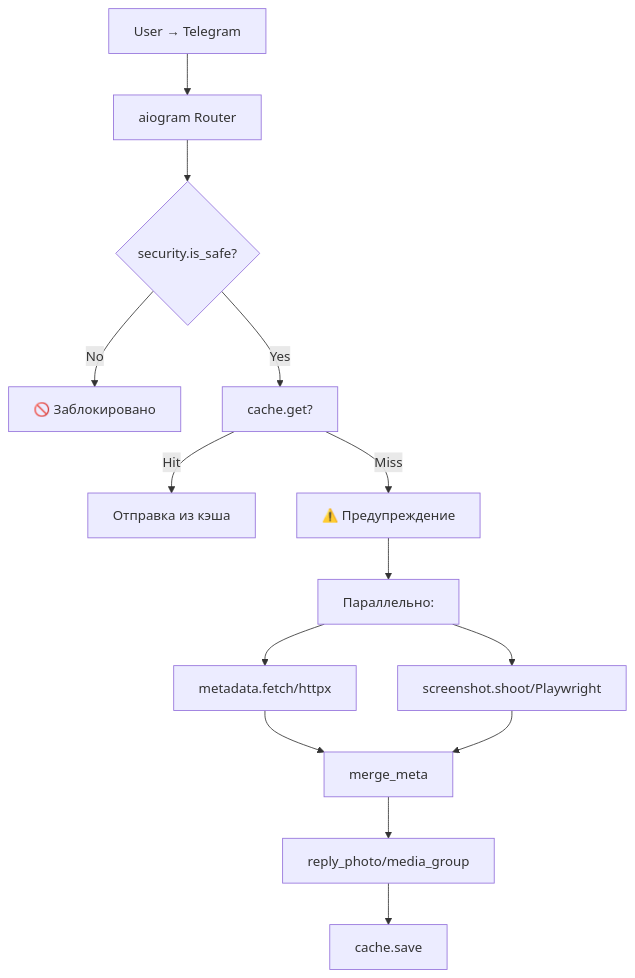
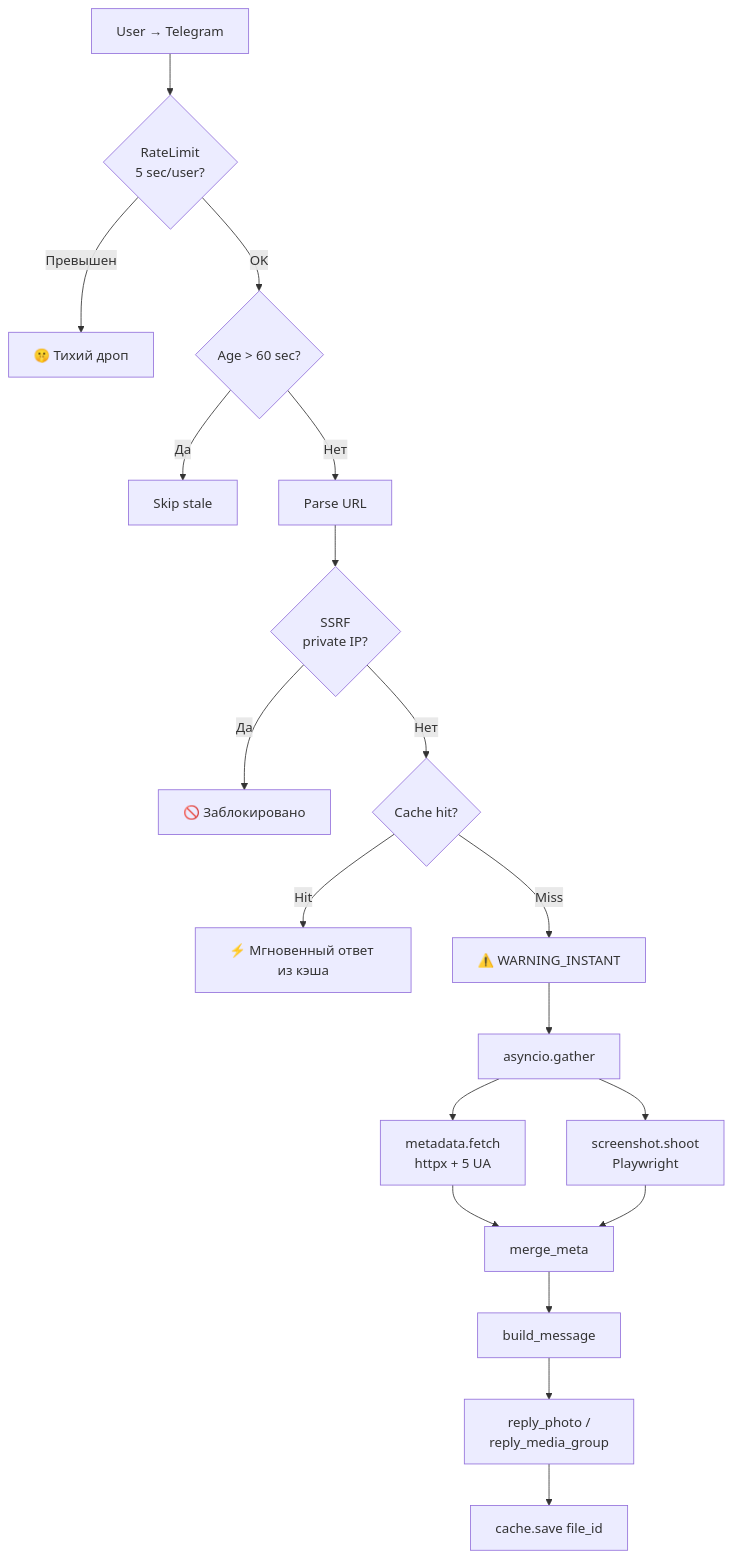
Before and after one commit to Tosik017/tg-screenshot-bot-1: the diagram in README.md, drawn with Mermaid. The commit also changed other lines of this file, not shown here.

Commit message:
docs: production-ready README — actualized to stable-v1 (rate limit + browser restart, без blacklist/whois)

````diff
--- a/README.md
+++ b/README.md
@@ -27,17 +53,21 @@
 ```mermaid
 flowchart TD
-    A[User → Telegram] --> B[aiogram Router]
-    B --> C{security.is_safe?}
-    C -->|No| D[🚫 Заблокировано]
-    C -->|Yes| E[cache.get?]
-    E -->|Hit| F[Отправка из кэша]
-    E -->|Miss| G[⚠️ Предупреждение]
-    G --> H[Параллельно:]
-    H --> I[metadata.fetch/httpx]
-    H --> J[screenshot.shoot/Playwright]
-    I --> K[merge_meta]
-    J --> K
-    K --> L[reply_photo/media_group]
-    L --> M[cache.save]
-
+    A[User → Telegram] --> RL{RateLimit<br/>5 sec/user?}
+    RL -->|Превышен| DROP[🤫 Тихий дроп]
+    RL -->|OK| AGE{Age > 60 sec?}
+    AGE -->|Да| SKIP[Skip stale]
+    AGE -->|Нет| URL[Parse URL]
+    URL --> SSRF{SSRF<br/>private IP?}
+    SSRF -->|Да| BLOCK[🚫 Заблокировано]
+    SSRF -->|Нет| CACHE{Cache hit?}
+    CACHE -->|Hit| FAST[⚡ Мгновенный ответ из кэша]
+    CACHE -->|Miss| WARN[⚠️ WARNING_INSTANT]
+    WARN --> PAR[asyncio.gather]
+    PAR --> M[metadata.fetch<br/>httpx + 5 UA]
+    PAR --> S[screenshot.shoot<br/>Playwright]
+    M --> MERGE[merge_meta]
+    S --> MERGE
+    MERGE --> BUILD[build_message]
+    BUILD --> SEND[reply_photo /<br/>reply_media_group]
+    SEND --> SAVE[cache.save file_id]
 ```
````
